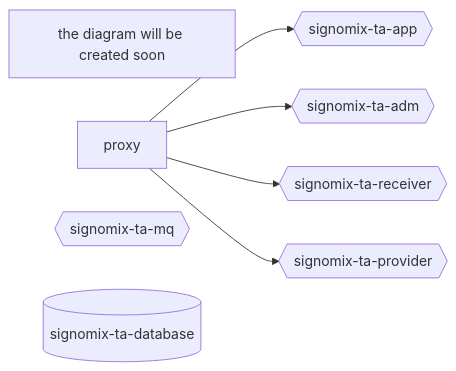
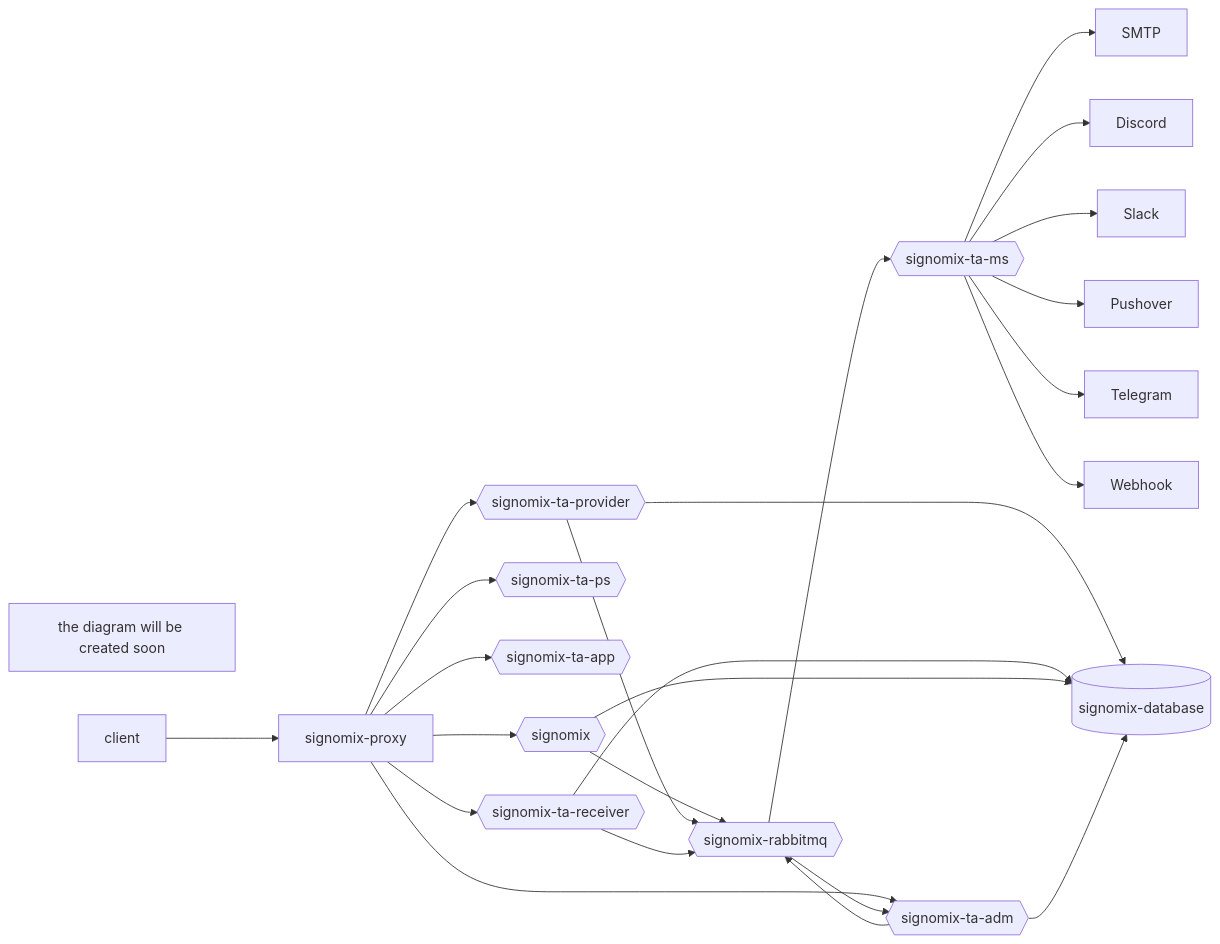
The diagram in README.md (signomix/signomix), drawn with Mermaid before and after one commit. The commit also changed other lines of this file, not shown here.

````diff
--- a/README.md
+++ b/README.md
@@ -24,15 +24,38 @@
 ```mermaid
 flowchart LR
   info1[the diagram will be created soon]
-  proxy
+  signomix-proxy
+  signomix{{signomix}}
+  ta-ps{{signomix-ta-ps}}
   ta-app{{signomix-ta-app}}
   ta-adm{{signomix-ta-adm}}
   ta-receiver{{signomix-ta-receiver}}
   ta-provider{{signomix-ta-provider}}
-  ta-mq{{signomix-ta-mq}}
-  ta-database[(signomix-ta-database)]
-  proxy-->ta-app
-  proxy --> ta-adm
-  proxy --> ta-receiver
-  proxy --> ta-provider
+  ta-mq{{signomix-rabbitmq}}
+  ta-ms{{signomix-ta-ms}}
+  ta-database[(signomix-database)]
+  client-->signomix-proxy
+  signomix-proxy-->signomix
+  signomix-proxy-->ta-ps
+  signomix-proxy-->ta-app
+  signomix-proxy-->ta-adm
+  signomix-proxy-->ta-receiver
+  signomix-proxy-->ta-provider
+  signomix-->ta-mq
+  ta-adm-->ta-mq
+  ta-provider-->ta-mq
+  ta-receiver-->ta-mq
+  ta-mq-->ta-ms
+  ta-mq-->ta-adm
+  ta-provider-->ta-database
+  ta-receiver-->ta-database
+  signomix-->ta-database
+  ta-adm-->ta-database
+  ta-ms-->SMTP
+  ta-ms-->Discord
+  ta-ms-->Slack
+  ta-ms-->Pushover
+  ta-ms-->Telegram
+  ta-ms-->Webhook
+
 ```
````
